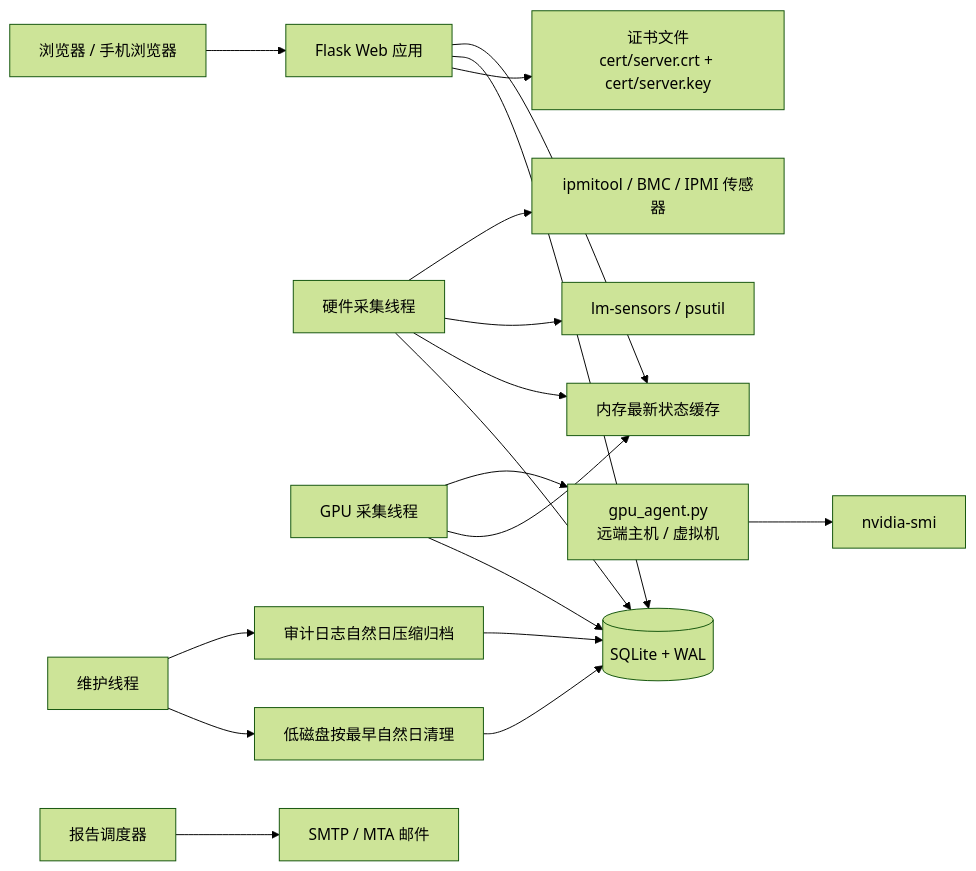
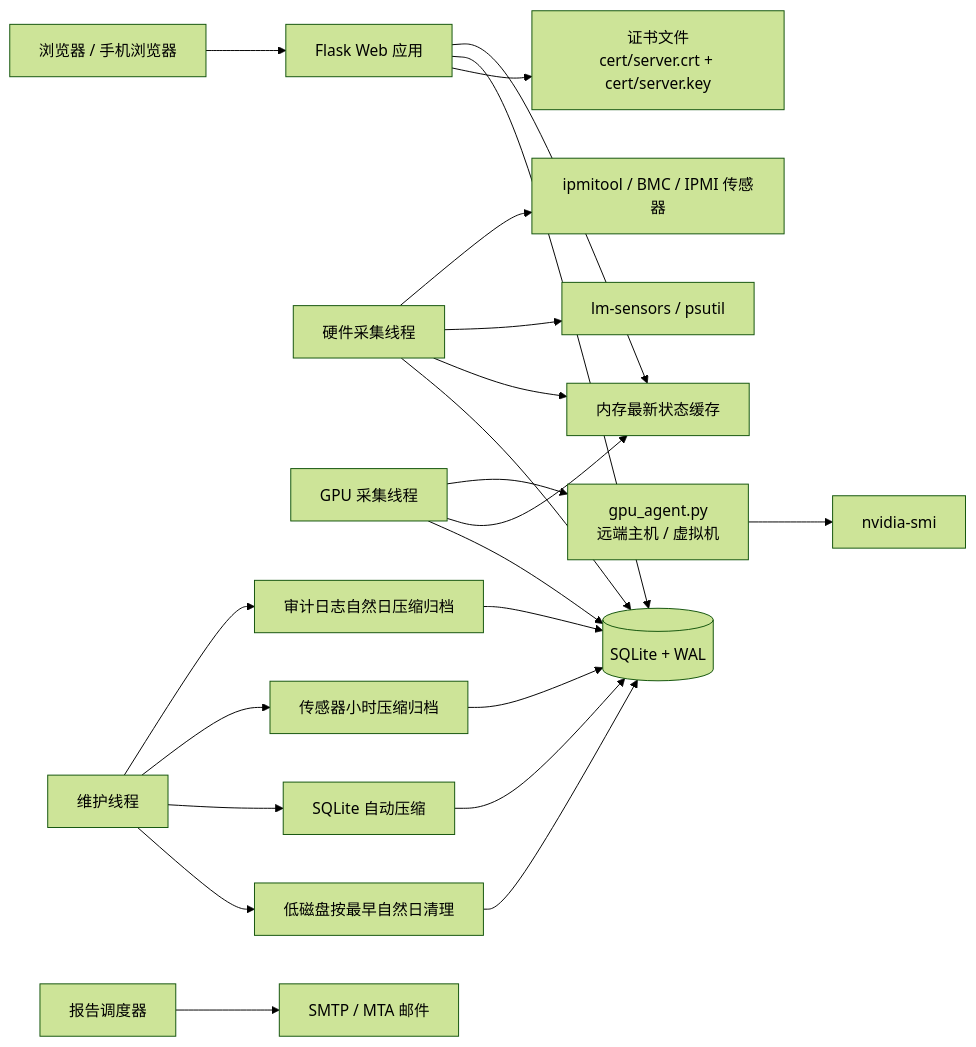
The first of 4 diagrams in README.md (stlin256/IPMI_WEB), drawn with Mermaid (forest theme) before and after one commit. The commit also changed other lines of this file and 5 other files, not shown here.

````diff
--- a/README.md
+++ b/README.md
@@ -126,24 +129,28 @@
 ```mermaid
 flowchart LR
     Browser["浏览器 / 手机浏览器"] --> Flask["Flask Web 应用"]
     Flask --> Cache["内存最新状态缓存"]
     Flask --> DB[("SQLite + WAL")]
     Flask --> Cert["证书文件\ncert/server.crt + cert/server.key"]
 
     HW["硬件采集线程"] --> IPMI["ipmitool / BMC / IPMI 传感器"]
     HW --> Sensors["lm-sensors / psutil"]
     HW --> Cache
     HW --> DB
 
     GPUWorker["GPU 采集线程"] --> Agent["gpu_agent.py\n远端主机 / 虚拟机"]
     Agent --> SMI["nvidia-smi"]
     GPUWorker --> Cache
     GPUWorker --> DB
 
     Energy["维护线程"] --> Archive["审计日志自然日压缩归档"]
+    Energy --> SensorArchive["传感器小时压缩归档"]
+    Energy --> Vacuum["SQLite 自动压缩"]
     Energy --> Prune["低磁盘按最早自然日清理"]
     Archive --> DB
+    SensorArchive --> DB
+    Vacuum --> DB
     Prune --> DB
 
     Scheduler["报告调度器"] --> Mail["SMTP / MTA 邮件"]
 ```
````
